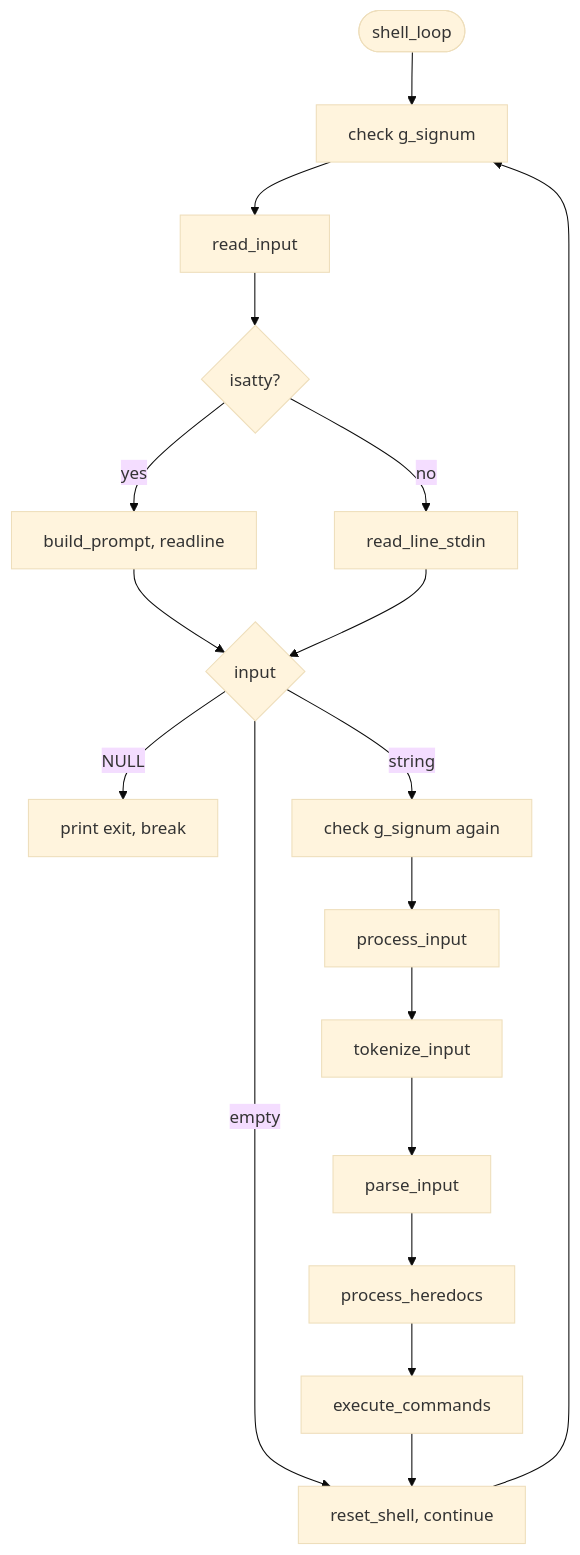
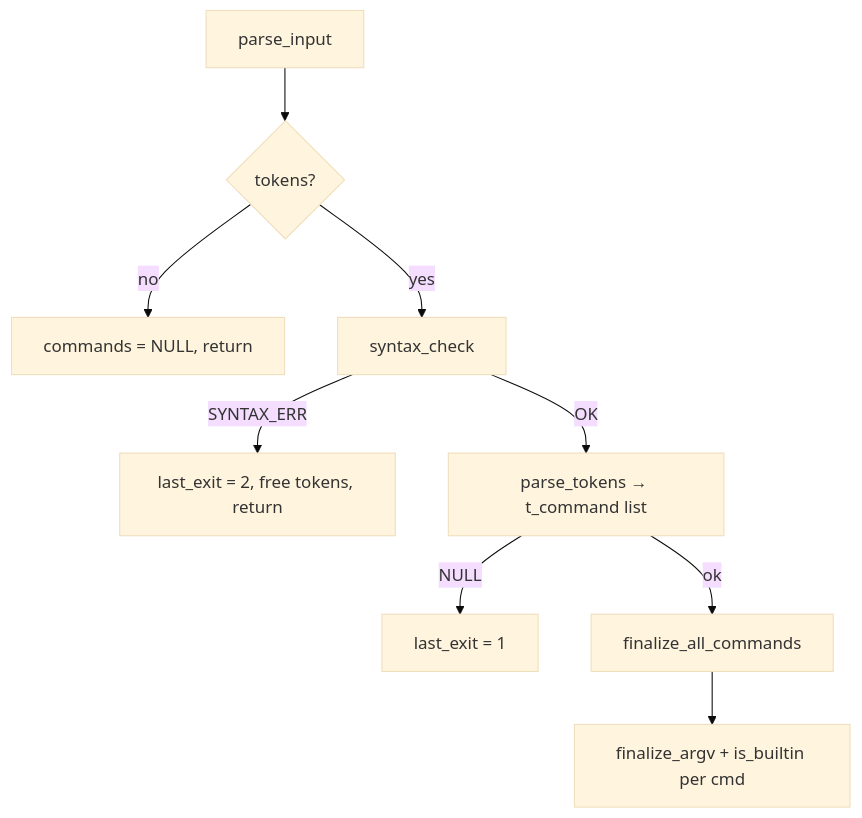
Before and after one commit to gkhavari/minishell: the eighth of 14 diagrams in docs/MINISHELL_ARCHITECTURE.md, drawn with Mermaid (base theme). The commit also changed other lines of this file and 4 other files, not shown here.

First line of the commit message:
docs: architecture diagrams, README (v10), remove stale tester doc

````diff
--- a/docs/MINISHELL_ARCHITECTURE.md
+++ b/docs/MINISHELL_ARCHITECTURE.md
@@ -262,20 +625,11 @@
 ```mermaid
 flowchart TD
-    START([shell_loop]) --> CHECK_SIG[check g_signum]
-    CHECK_SIG --> READ[read_input]
-    READ --> PROMPT{isatty?}
-    PROMPT -->|yes| BUILD[build_prompt, readline]
-    PROMPT -->|no| RLS[read_line_stdin]
-    BUILD --> GOT{input}
-    RLS --> GOT{input}
-    GOT -->|NULL| EXIT[print exit, break]
-    GOT -->|empty| RESET[reset_shell, continue]
-    GOT -->|string| CHECK_SIG2[check g_signum again]
-    CHECK_SIG2 --> PROCESS[process_input]
-    PROCESS --> TOKEN[tokenize_input]
-    TOKEN --> PARSE[parse_input]
-    PARSE --> HEREDOC[process_heredocs]
-    HEREDOC --> EXEC[execute_commands]
-    EXEC --> RESET
-    RESET --> CHECK_SIG
+    PI[parse_input] --> T0{tokens?}
+    T0 -->|no| NULL[commands = NULL, return]
+    T0 -->|yes| SY[syntax_check]
+    SY -->|SYNTAX_ERR| E2[last_exit = 2, free tokens, return]
+    SY -->|OK| PT[parse_tokens → t_command list]
+    PT -->|NULL| E1[last_exit = 1]
+    PT -->|ok| FIN[finalize_all_commands]
+    FIN --> ARGV[finalize_argv + is_builtin per cmd]
 ```
````
